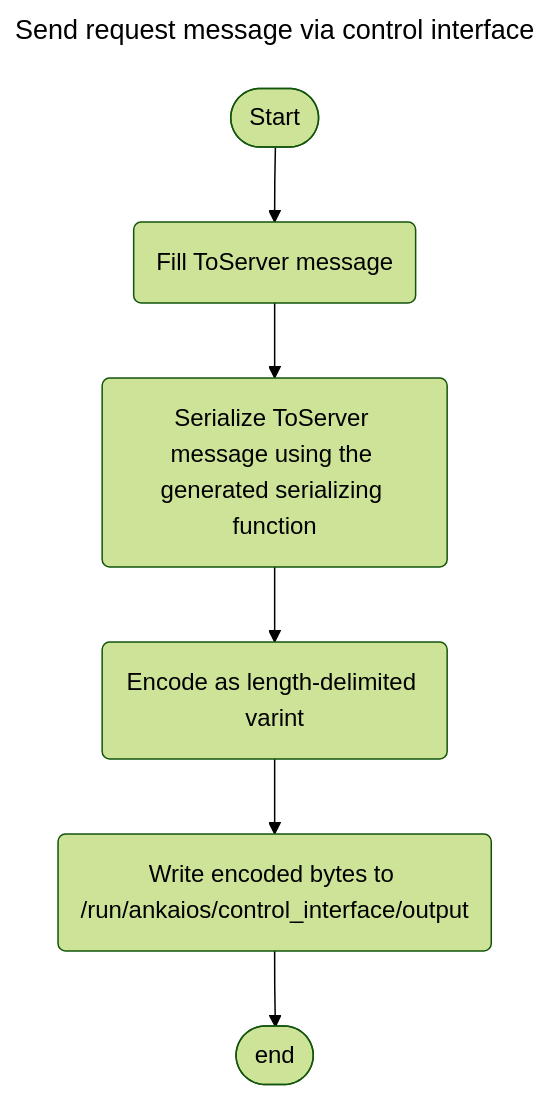
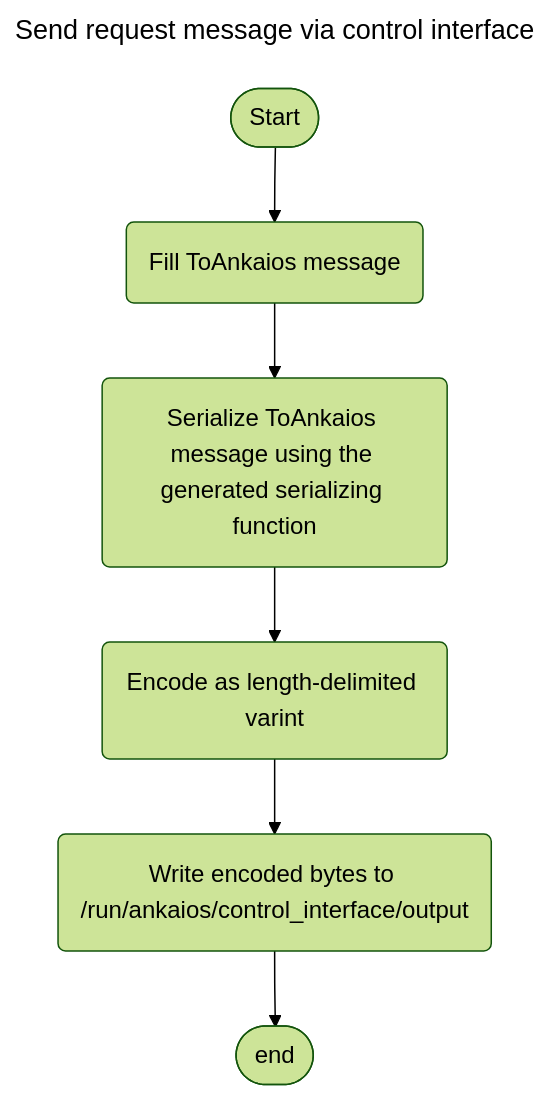
The fourth of 5 diagrams in doc/docs/reference/control-interface.md (eclipse-ankaios/ankaios), drawn with Mermaid (forest theme) before and after one commit. The commit also changed other lines of this file and 3 other files, not shown here.

````diff
--- a/doc/docs/reference/control-interface.md
+++ b/doc/docs/reference/control-interface.md
@@ -86,18 +86,18 @@
 ```mermaid
 ---
 title: Send request message via control interface
 ---
 flowchart TD
     begin([Start])
-    req_msg(Fill ToServer message)
-    ser_msg(Serialize ToServer message using the generated serializing function)
+    req_msg(Fill ToAnkaios message)
+    ser_msg(Serialize ToAnkaios message using the generated serializing function)
     enc_bytes(Encode as length-delimited varint)
     output("Write encoded bytes to /run/ankaios/control_interface/output")
     fin([end])
 
     begin --> req_msg
     req_msg --> ser_msg
     ser_msg -->enc_bytes
     enc_bytes --> output
     output --> fin
 ```
````
